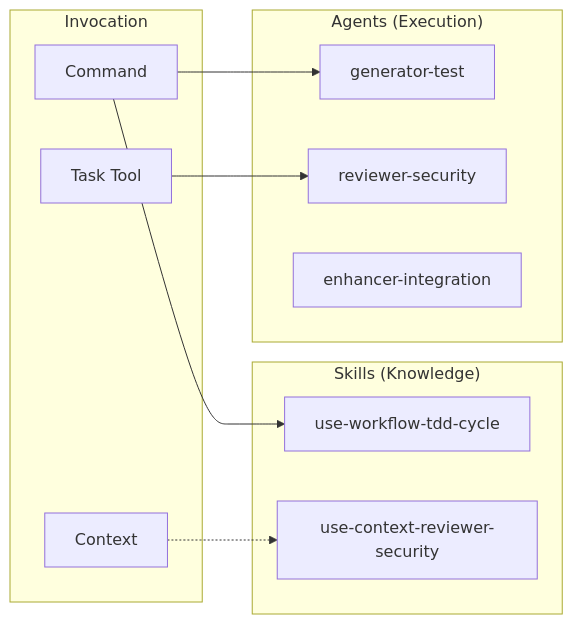
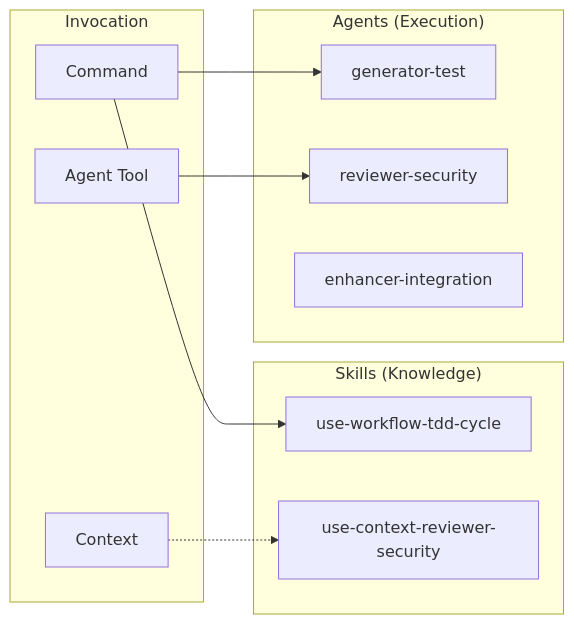
One commit to thkt/claude-config changed the first of 2 diagrams in .ja/docs/SKILLS_AGENTS.md. Above: the diagram before and after it, drawn with Mermaid. The commit also changed other lines of this file and 33 other files, not shown here.

````diff
--- a/.ja/docs/SKILLS_AGENTS.md
+++ b/.ja/docs/SKILLS_AGENTS.md
@@ -9,20 +9,20 @@
 ```mermaid
 graph LR
     subgraph Skills["Skills (Knowledge)"]
         S1[use-workflow-tdd-cycle]
         S2[use-context-reviewer-security]
     end
 
     subgraph Agents["Agents (Execution)"]
         A1[generator-test]
         A2[reviewer-security]
         A3[enhancer-integration]
     end
 
     subgraph Trigger["Invocation"]
         CMD[Command] --> S1
         CMD --> A1
         CTX[Context] -.-> S2
-        TASK[Task Tool] --> A2
+        AGENT[Agent Tool] --> A2
     end
 ```
````
